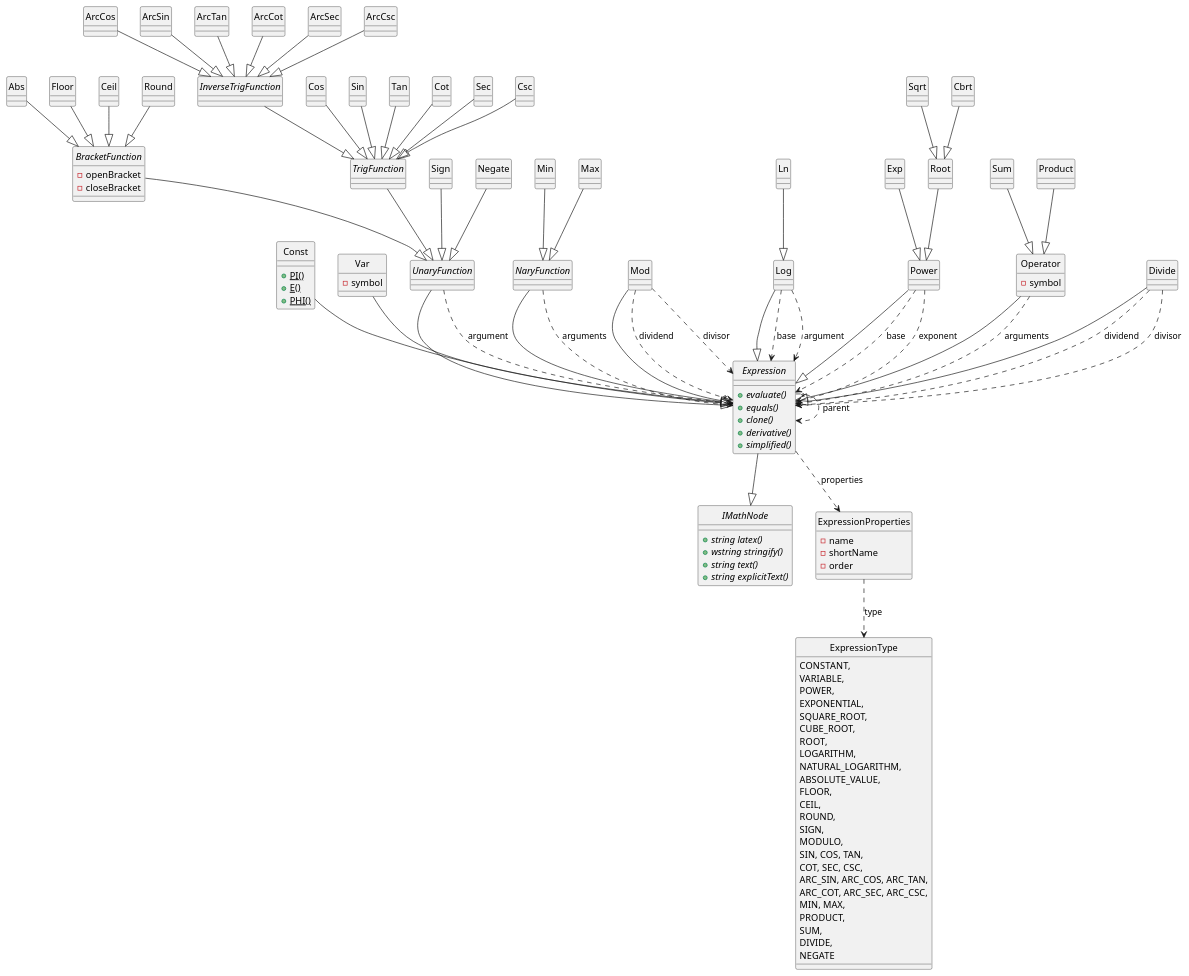
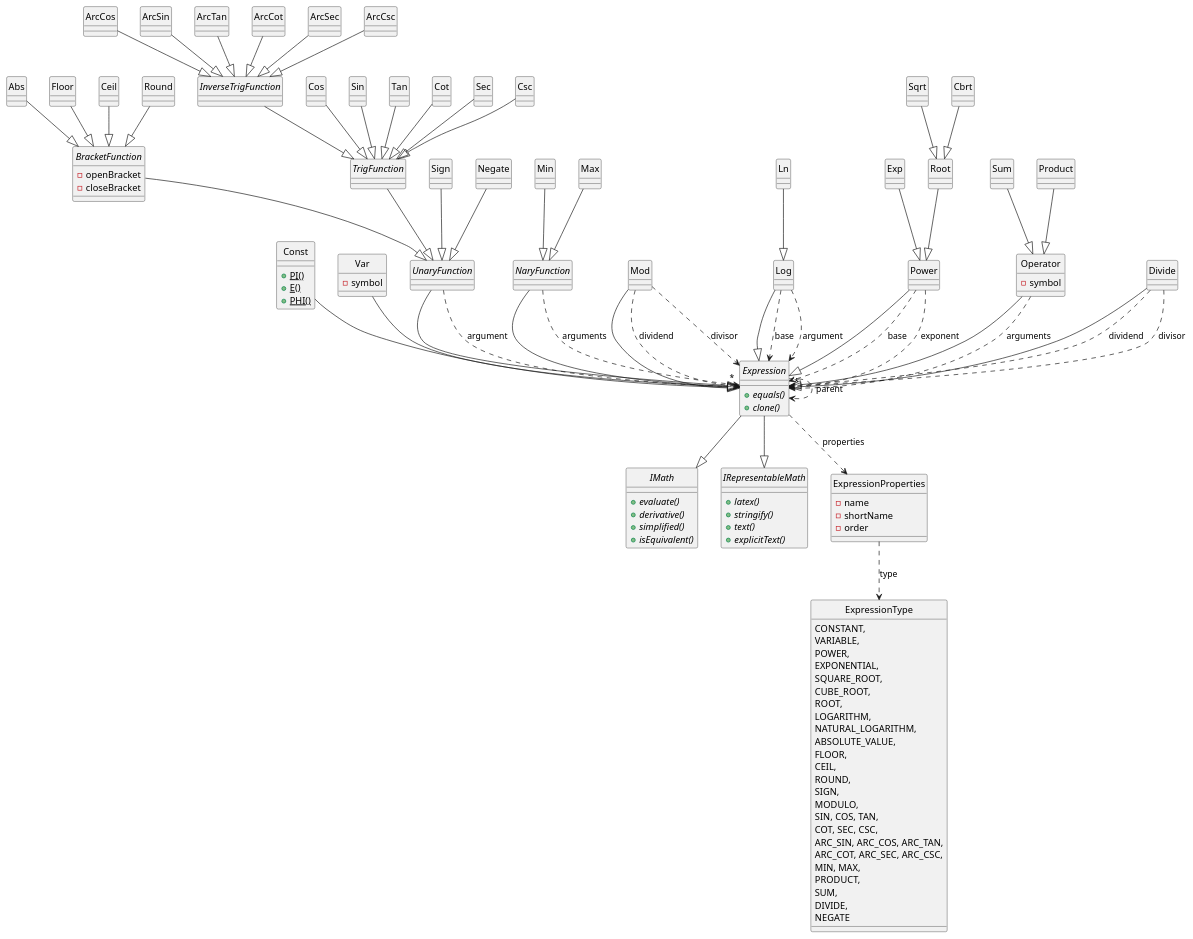
Before and after one commit to AzizZayed/Computer-Algebra-System: the diagram in cas/docs/core-modelv1.puml, drawn with PlantUML. The commit also changed 81 other files, not shown here.

```diff
--- a/cas/docs/core-modelv1.puml
+++ b/cas/docs/core-modelv1.puml
@@ -1,180 +1,186 @@
 @startuml
 skinparam style strictuml
 
-interface IMathNode {
-    + {abstract} string latex()
-    + {abstract} wstring stringify()
-    + {abstract} string text()
-    + {abstract} string explicitText()
+interface IMath {
+    + {abstract} evaluate()
+    + {abstract} derivative()
+    + {abstract} simplified()
+    + {abstract} isEquivalent()
+}
+
+interface IRepresentableMath {
+    + {abstract} latex()
+    + {abstract} stringify()
+    + {abstract} text()
+    + {abstract} explicitText()
 }
 
 abstract class Expression {
-    + {abstract} evaluate()
     + {abstract} equals()
     + {abstract} clone()
-    + {abstract} derivative()
-    + {abstract} simplified()
 }
 
 class Const {
     + {static} PI()
     + {static} E()
     + {static} PHI()
 }
 class Var {
     - symbol
 }
 
 abstract class UnaryFunction {}
 abstract class NaryFunction {}
 
 abstract class BracketFunction {
     - openBracket
     - closeBracket
 }
 abstract class TrigFunction {}
 abstract class InverseTrigFunction {}
 
 class Cos {}
 class Sin {}
 class Tan {}
 class Cot {}
 class Sec {}
 class Csc {}
 class ArcCos {}
 class ArcSin {}
 class ArcTan {}
 class ArcCot {}
 class ArcSec {}
 class ArcCsc {}
 
 class Abs {}
 class Floor {}
 class Ceil {}
 class Round {}
 class Sign {}
 class Mod {}
 
 class Log {}
 class Ln {}
 class Power {}
 class Exp {}
 
 class Sqrt {}
 class Cbrt {}
 class Root {}
 
 class Min {}
 class Max {}
 
 class Operator {
     - symbol
 }
 class Sum {}
 class Product {}
 class Negate {}
 class Divide {}
 
 class ExpressionProperties {
     - name
     - shortName
     - order
 }
 enum ExpressionType {
     CONSTANT,
     VARIABLE,
     POWER,
     EXPONENTIAL,
     SQUARE_ROOT,
     CUBE_ROOT,
     ROOT,
     LOGARITHM,
     NATURAL_LOGARITHM,
     ABSOLUTE_VALUE,
     FLOOR,
     CEIL,
     ROUND,
     SIGN,
     MODULO,
     SIN, COS, TAN,
     COT, SEC, CSC,
     ARC_SIN, ARC_COS, ARC_TAN,
     ARC_COT, ARC_SEC, ARC_CSC,
     MIN, MAX,
     PRODUCT,
     SUM,
     DIVIDE,
     NEGATE
 }
 
+Expression --|> IRepresentableMath
+Expression --|> IMath
+
 Const --|> Expression
 Var --|> Expression
 
 UnaryFunction --|> Expression
 NaryFunction --|> Expression
 
 BracketFunction --|> UnaryFunction
 TrigFunction --|> UnaryFunction
 InverseTrigFunction --|> TrigFunction
 
 Cos --|> TrigFunction
 Sin --|> TrigFunction
 Tan --|> TrigFunction
 Cot --|> TrigFunction
 Sec --|> TrigFunction
 Csc --|> TrigFunction
 ArcCos --|> InverseTrigFunction
 ArcSin --|> InverseTrigFunction
 ArcTan --|> InverseTrigFunction
 ArcCot --|> InverseTrigFunction
 ArcSec --|> InverseTrigFunction
 ArcCsc --|> InverseTrigFunction
 
 Abs --|> BracketFunction
 Floor --|> BracketFunction
 Ceil --|> BracketFunction
 Round --|> BracketFunction
 Sign --|> UnaryFunction
 Mod --|> Expression
 
 Log --|> Expression
 Ln --|> Log
 Power --|> Expression
 Exp --|> Power
 
 Root --|> Power
 Sqrt --|> Root
 Cbrt --|> Root
 
 Min --|> NaryFunction
 Max --|> NaryFunction
 
 Operator --|> Expression
 Sum --|> Operator
 Product --|> Operator
 Negate --|> UnaryFunction
 Divide --|> Expression
 
 ExpressionProperties ..> ExpressionType : type
 Expression ..> ExpressionProperties : properties
 Expression ..> Expression : parent
-Expression --|> IMathNode
 
 Divide ..> Expression : dividend
 Divide ..> Expression : divisor
 
 Mod ..> Expression : dividend
 Mod ..> Expression : divisor
 
 Log ..> Expression : base
 Log ..> Expression : argument
 
 Power ..> Expression : base
 Power ..> Expression : exponent
 
 UnaryFunction ..> Expression : argument
 
 NaryFunction ..> "*" Expression : arguments
 Operator ..> "*" Expression : arguments
 
 @enduml
```
